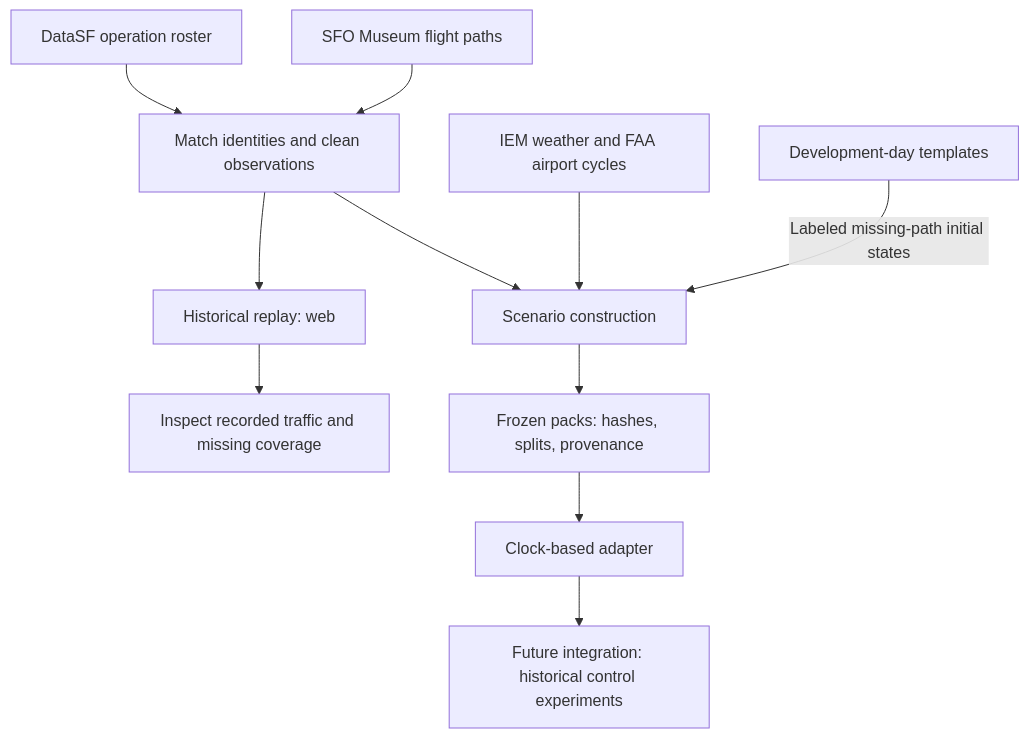
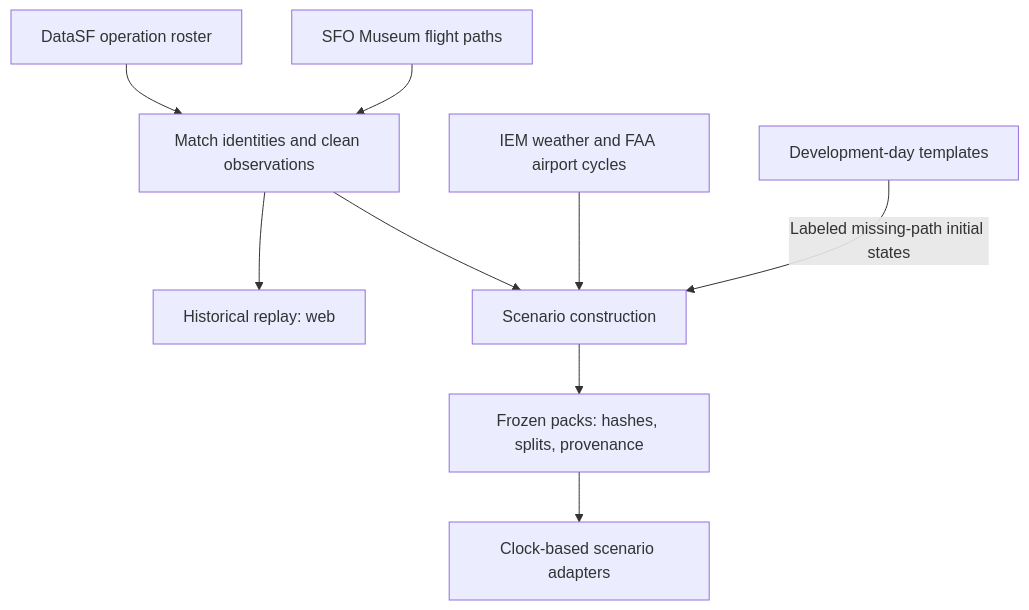
The first of 3 diagrams in README.md (arazfar/uita), drawn with Mermaid before and after one commit. The commit also changed other lines of this file, not shown here.

Commit message:
Document implemented prototypes and remove README roadmap

````diff
--- a/README.md
+++ b/README.md
@@ -72,13 +51,11 @@
 ```mermaid
 flowchart TD
     A[DataSF operation roster] --> C[Match identities and clean observations]
     B[SFO Museum flight paths] --> C
     C --> D[Historical replay: web]
     C --> E[Scenario construction]
     W[IEM weather and FAA airport cycles] --> E
     T[Development-day templates] -->|Labeled missing-path initial states| E
     E --> F[Frozen packs: hashes, splits, provenance]
-    F --> G[Clock-based adapter]
-    G --> H[Future integration: historical control experiments]
-    D --> I[Inspect recorded traffic and missing coverage]
+    F --> G[Clock-based scenario adapters]
 ```
````
